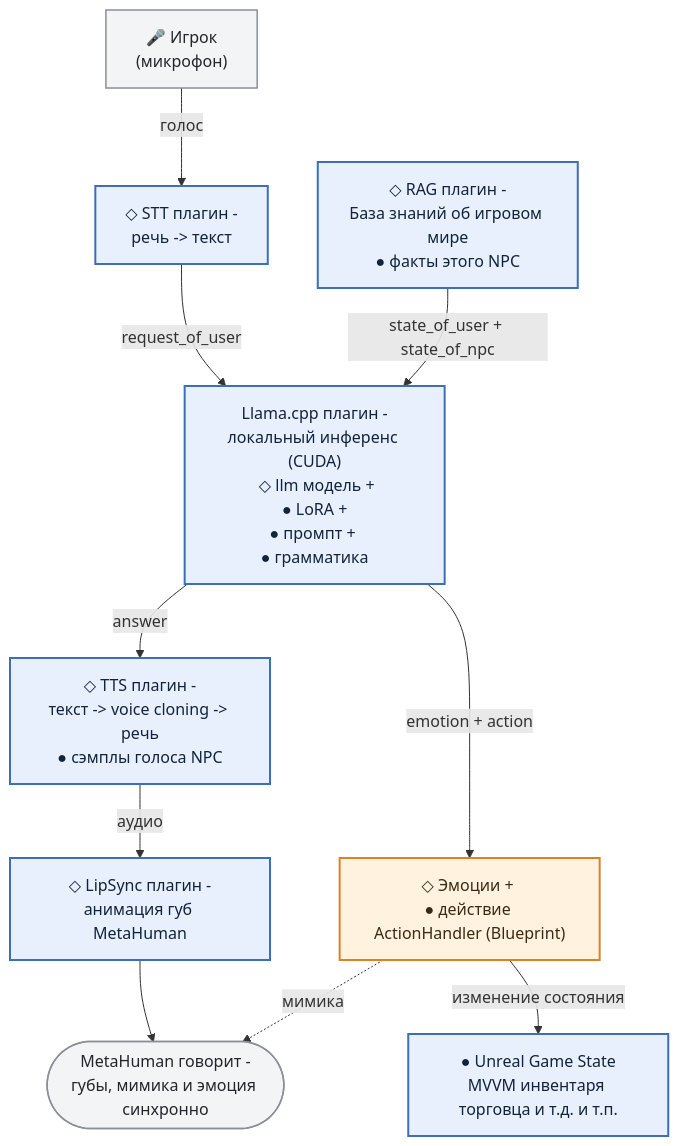
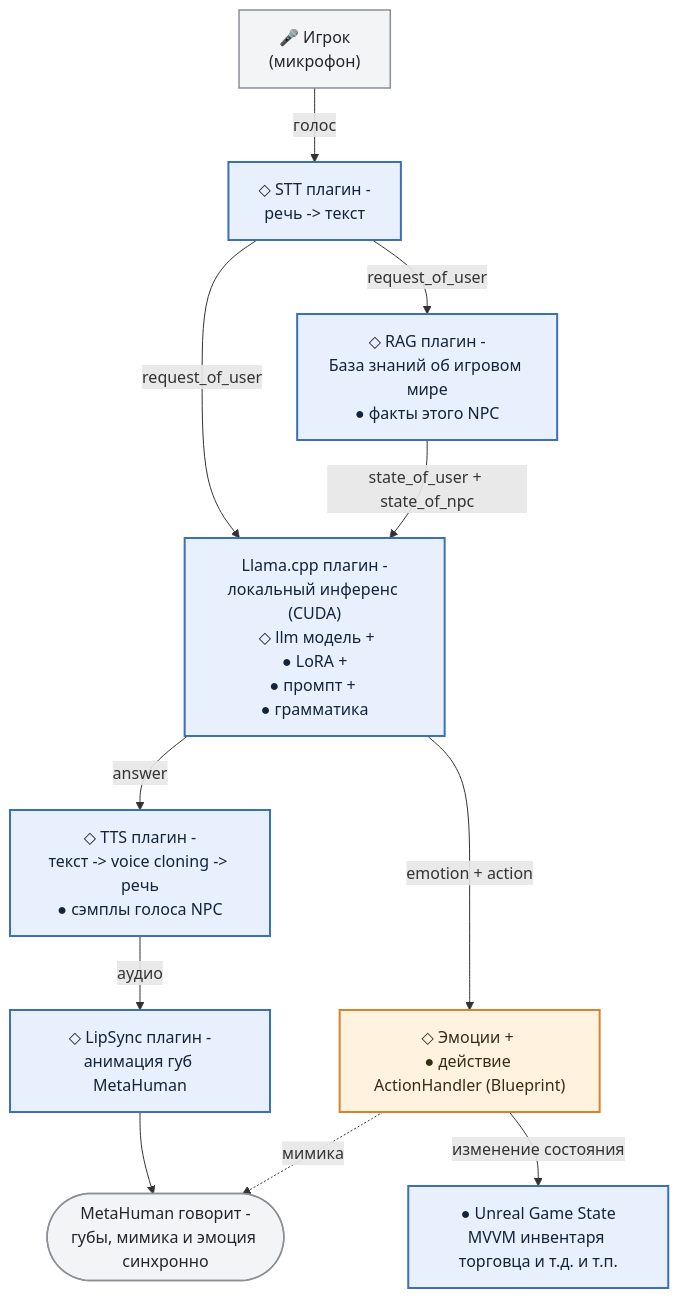
One commit to MimusTriurus/ullama_demo changed the diagram in docs/parts/section-01-overview.md. Above: the diagram before and after it, drawn with Mermaid. The commit also changed other lines of this file and 5 other files, not shown here.

````diff
--- a/docs/parts/section-01-overview.md
+++ b/docs/parts/section-01-overview.md
@@ -31,30 +31,31 @@
 ```mermaid
 flowchart TD
     Player["🎤 Игрок<br/>(микрофон)"]
     STT["◇ STT плагин -<br/>речь -> текст"]
     KB["◇ RAG плагин -<br/>База знаний об игровом мире<br/>● факты этого NPC"]
     LLM["Llama.cpp плагин -<br/>локальный инференс (CUDA)<br/> ◇ llm модель +<br/> ● LoRA + <br/>● промпт + <br/>● грамматика"]
     TTS["◇ TTS плагин -<br/>текст -> voice cloning -> речь<br/>● сэмплы голоса NPC"]
     ACT["◇ Эмоции + <br/>● действие ActionHandler (Blueprint)"]
     LS["◇ LipSync плагин -<br/>анимация губ MetaHuman"]
     UI["● Unreal Game State<br/>MVVM инвентаря торговца и т.д. и т.п."]
     OUT(["MetaHuman говорит -<br/>губы, мимика и эмоция синхронно"])
 
     Player -- голос --> STT
     STT -- "request_of_user" --> LLM
+    STT -- "request_of_user" --> KB
     KB -- "state_of_user + state_of_npc" --> LLM
     LLM -- "answer" --> TTS
     LLM -- "emotion + action" --> ACT
     TTS -- аудио --> LS
     ACT -- изменение состояния --> UI
     LS --> OUT
     ACT -. мимика .-> OUT
 
     classDef frame fill:#e8f0fe,stroke:#3b6fb6,stroke-width:2px,color:#12243b
     classDef swap fill:#fff3e0,stroke:#d9822b,stroke-width:2px,color:#3b2a12
     classDef edge fill:#f3f4f6,stroke:#8b8f96,stroke-width:1.5px,color:#22262b
 
     class STT,KB,LLM,TTS,LS,UI frame
     class ACT swap
     class Player,OUT edge
 ```
````
